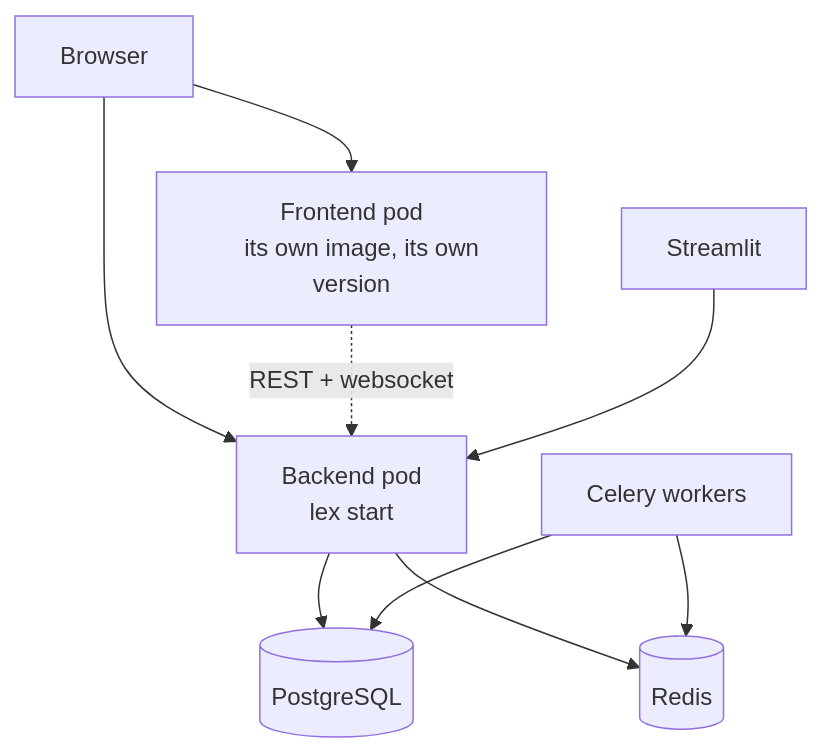
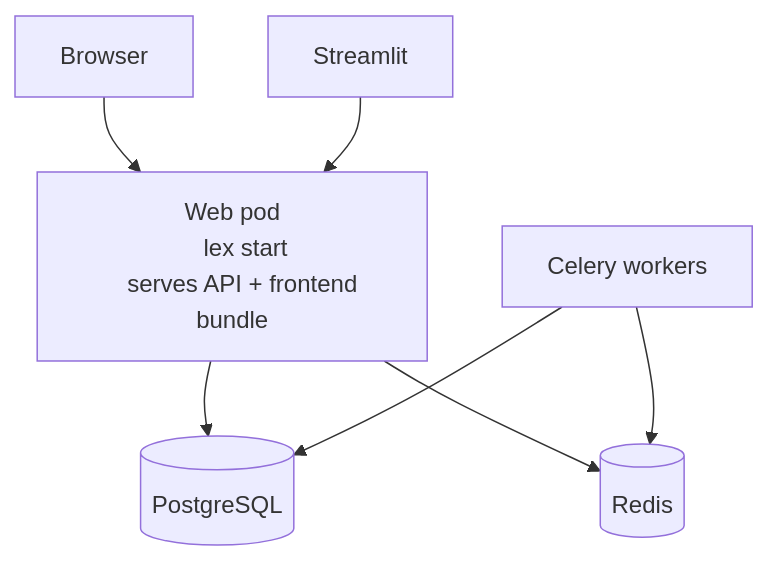
One commit to ExcellenceCloudGmbH/lex-app-docs changed the diagram in content/ship-and-operate/deploying.md. Above: the diagram before and after it, drawn with Mermaid. The commit also changed other lines of this file and 5 other files, not shown here.

````diff
--- a/content/ship-and-operate/deploying.md
+++ b/content/ship-and-operate/deploying.md
@@ -52,13 +52,11 @@
 ```mermaid
 flowchart TB
-    U["Browser"] --> FE["Frontend pod
-    its own image, its own version"]
-    U --> BE["Backend pod
-    lex start"]
-    FE -. "REST + websocket" .-> BE
+    U["Browser"] --> BE["Web pod
+    lex start
+    serves API + frontend bundle"]
     BE --> DB[("PostgreSQL")]
     BE --> RD[("Redis")]
     WK["Celery workers"] --> DB
     WK --> RD
     ST["Streamlit"] --> BE
 ```
````
